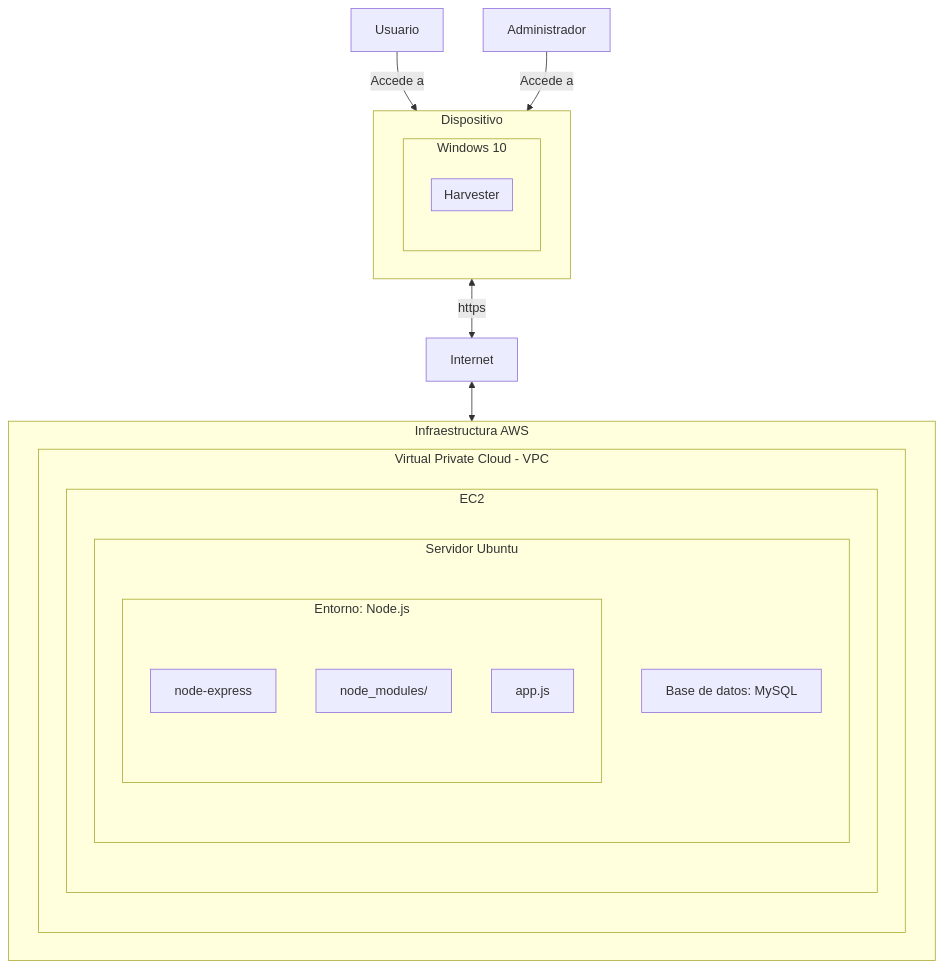
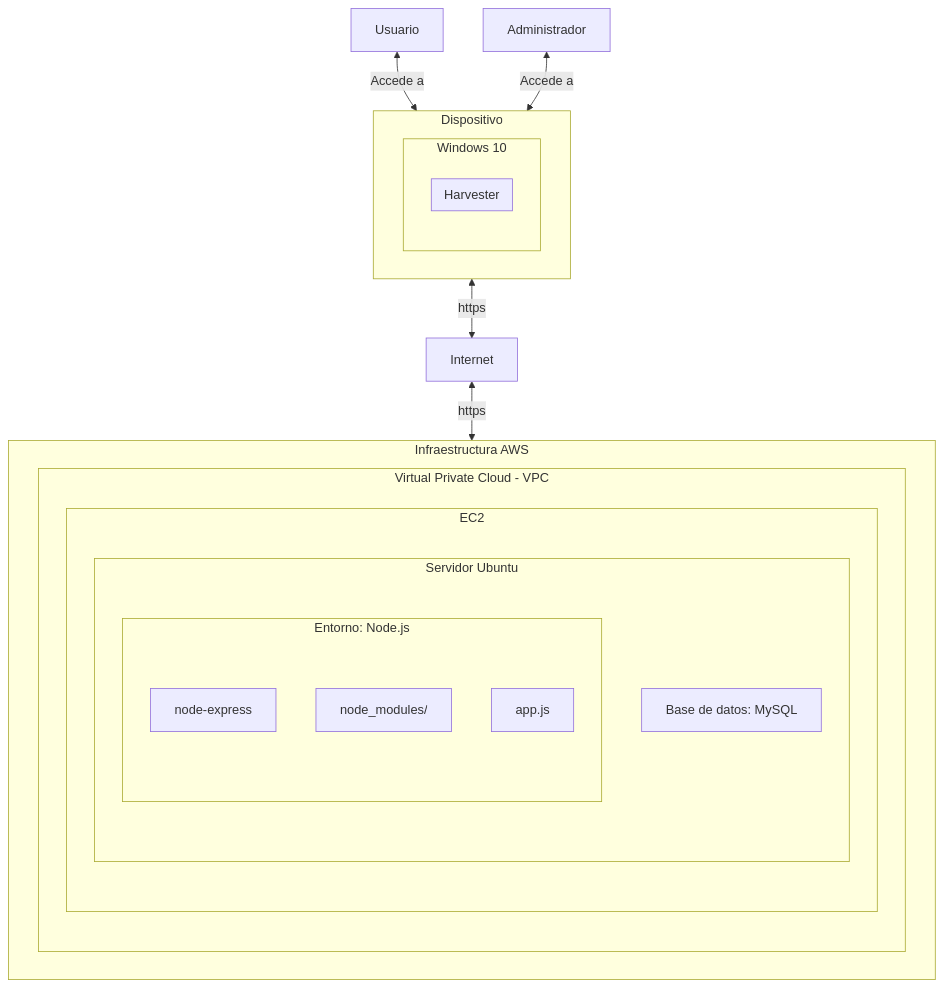
One commit to CodeAnd-Co/Documentacion changed the diagram in documentation/docs/proyectos/tractores/documentacion/arquitectura.md. Above: the diagram before and after it, drawn with Mermaid.

Commit message:
Hacer flechas bidireccionales

````diff
--- a/documentation/docs/proyectos/tractores/documentacion/arquitectura.md
+++ b/documentation/docs/proyectos/tractores/documentacion/arquitectura.md
@@ -139,31 +139,31 @@
 ``` mermaid 
 graph TD
-    Usuario --> |Accede a| Dispositivo
-    Administrador --> |Accede a| Dispositivo
+    Usuario <--> |Accede a| Dispositivo
+    Administrador <--> |Accede a| Dispositivo
     subgraph Dispositivo
       subgraph Windows 10
         subgraph Harvester
         end
       end
     end
 
-    Dispositivo <-->|https| Internet
+    Dispositivo <--> |https| Internet
 
     subgraph InfraestructuraAWS [Infraestructura AWS]
         subgraph VPC ["Virtual Private Cloud - VPC"]
             subgraph EC2 ["EC2"]
                 subgraph ServidorUbuntu["Servidor Ubuntu"]
                     subgraph Sistema["Entorno: Node.js"]
                        ExpressFramework["node-express"]
                        NodeModules["node_modules/"] 
                        APP["app.js"]
                     end
                     MySQL["Base de datos: MySQL"]
                 end
             end
             end
     end
 
-    Internet <--> InfraestructuraAWS
+    Internet <--> |https| InfraestructuraAWS
     
 ```
````
